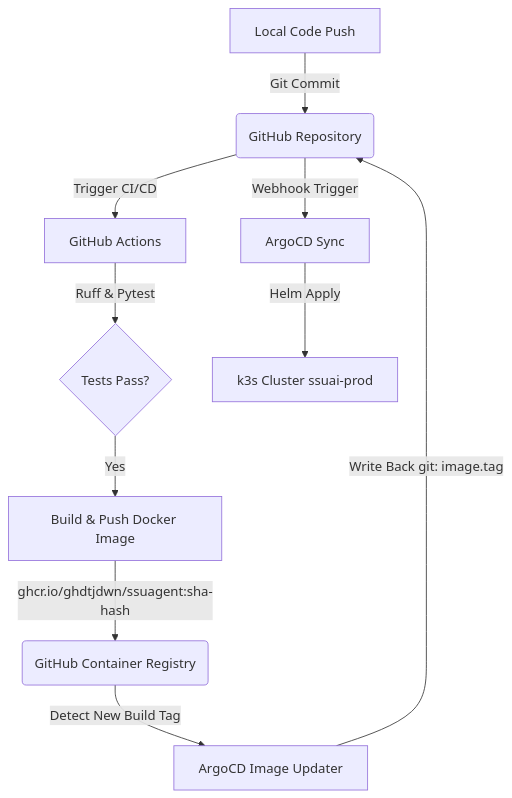
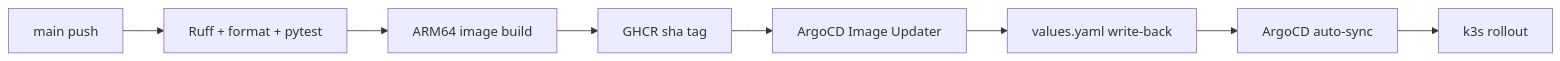
One commit to ghdtjdwn/ssuAgent changed the diagram in docs/deploy.md. Above: the diagram before and after it, drawn with Mermaid. The commit also changed other lines of this file and 11 other files, not shown here.

````diff
--- a/docs/deploy.md
+++ b/docs/deploy.md
@@ -72,12 +8,10 @@
 ```mermaid
-graph TD
-    A[Local Code Push] -->|Git Commit| B(GitHub Repository)
-    B -->|Trigger CI/CD| C[GitHub Actions]
-    C -->|Ruff & Pytest| D{Tests Pass?}
-    D -->|Yes| E[Build & Push Docker Image]
-    E -->|ghcr.io/ghdtjdwn/ssuagent:sha-hash| F(GitHub Container Registry)
-    F -->|Detect New Build Tag| G[ArgoCD Image Updater]
-    G -->|Write Back git: image.tag| B
-    B -->|Webhook Trigger| H[ArgoCD Sync]
-    H -->|Helm Apply| I[k3s Cluster ssuai-prod]
+flowchart LR
+    A[main push] --> B[Ruff + format + pytest]
+    B --> C[ARM64 image build]
+    C --> D[GHCR sha tag]
+    D --> E[ArgoCD Image Updater]
+    E --> F[values.yaml write-back]
+    F --> G[ArgoCD auto-sync]
+    G --> H[k3s rollout]
 ```
````
